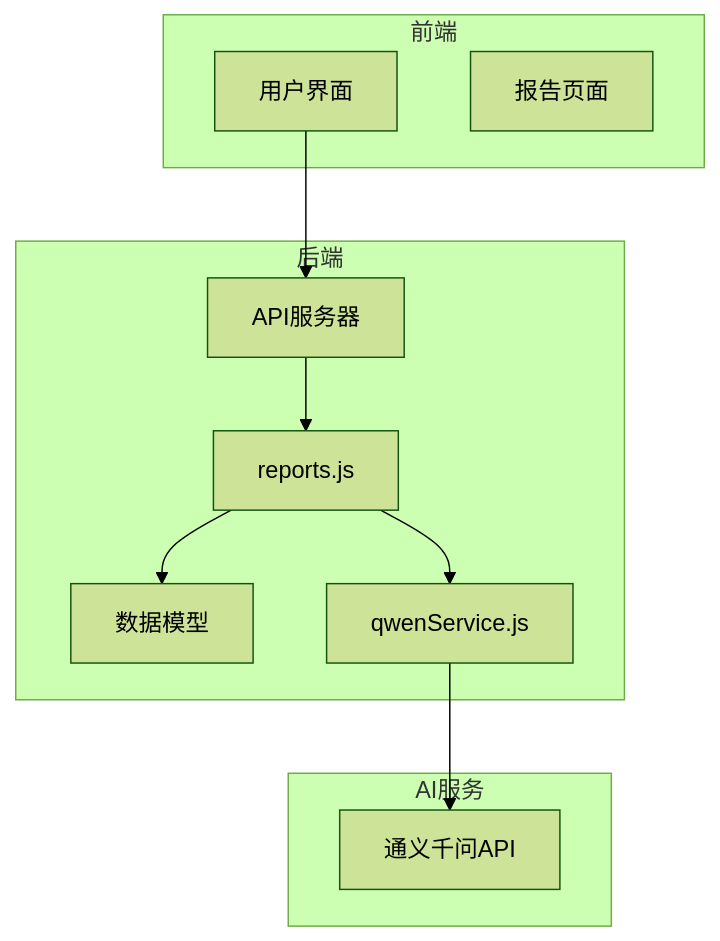
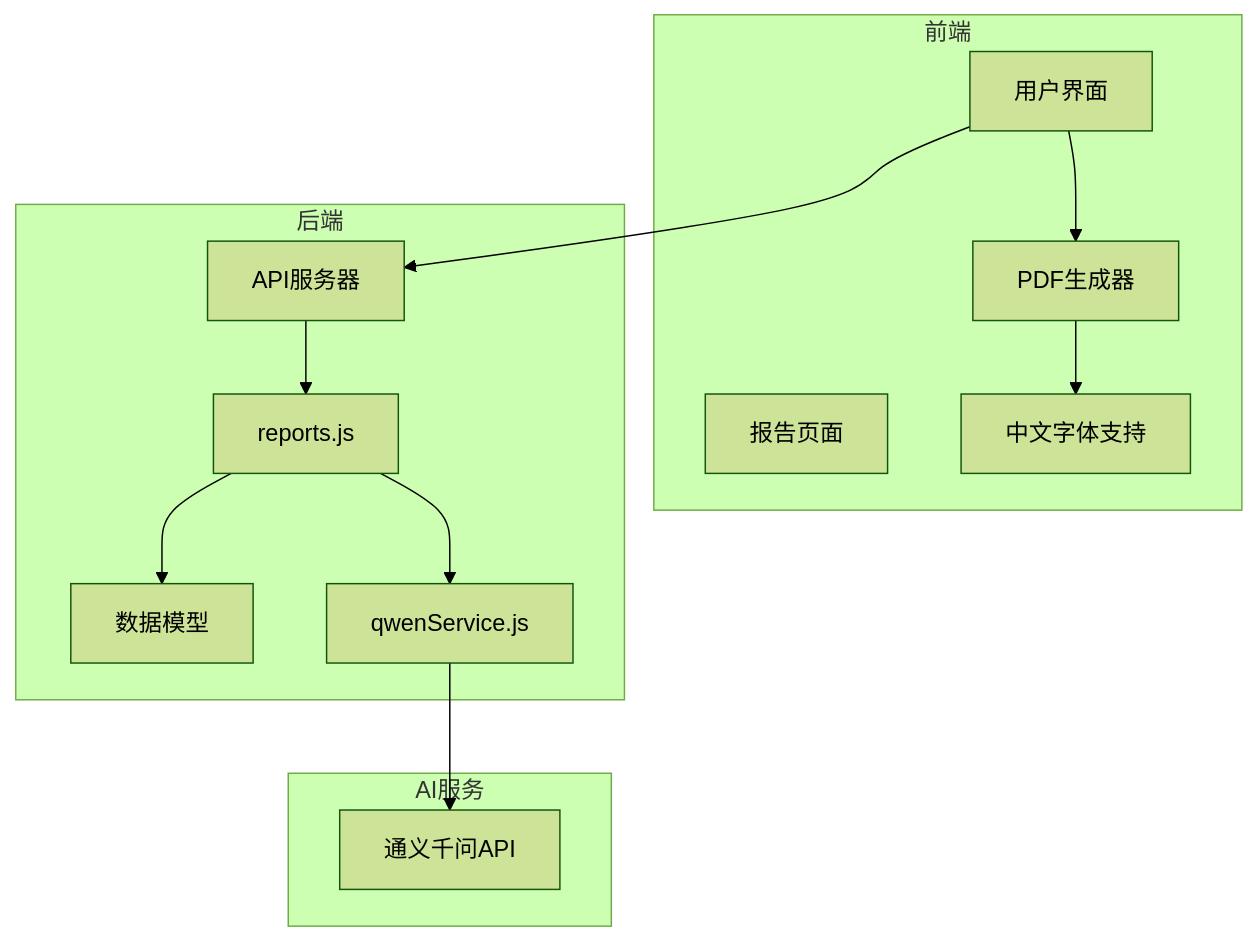
Before and after one commit to xingranya/CervixDetectAI: the first of 7 diagrams in wiki/后端架构/业务逻辑层/报告生成服务.md, drawn with Mermaid (forest theme). The commit also changed other lines of this file and 7 other files, not shown here.

First line of the commit message:
docs(api): 更新头像API文档，新增图片元数据及尺寸字段

````diff
--- a/wiki/后端架构/业务逻辑层/报告生成服务.md
+++ b/wiki/后端架构/业务逻辑层/报告生成服务.md
@@ -30,21 +47,25 @@
 ```mermaid
 graph TB
 subgraph "前端"
 UI[用户界面]
 ReportsPage[报告页面]
+PDFGen[PDF生成器]
+FontSupport[中文字体支持]
 end
 subgraph "后端"
 API[API服务器]
 ReportsRoute[reports.js]
 Models[数据模型]
 QwenService[qwenService.js]
 end
 subgraph "AI服务"
 QwenAPI[通义千问API]
 end
+UI --> PDFGen
+PDFGen --> FontSupport
 UI --> API
 API --> ReportsRoute
 ReportsRoute --> Models
 ReportsRoute --> QwenService
 QwenService --> QwenAPI
 ```
````
